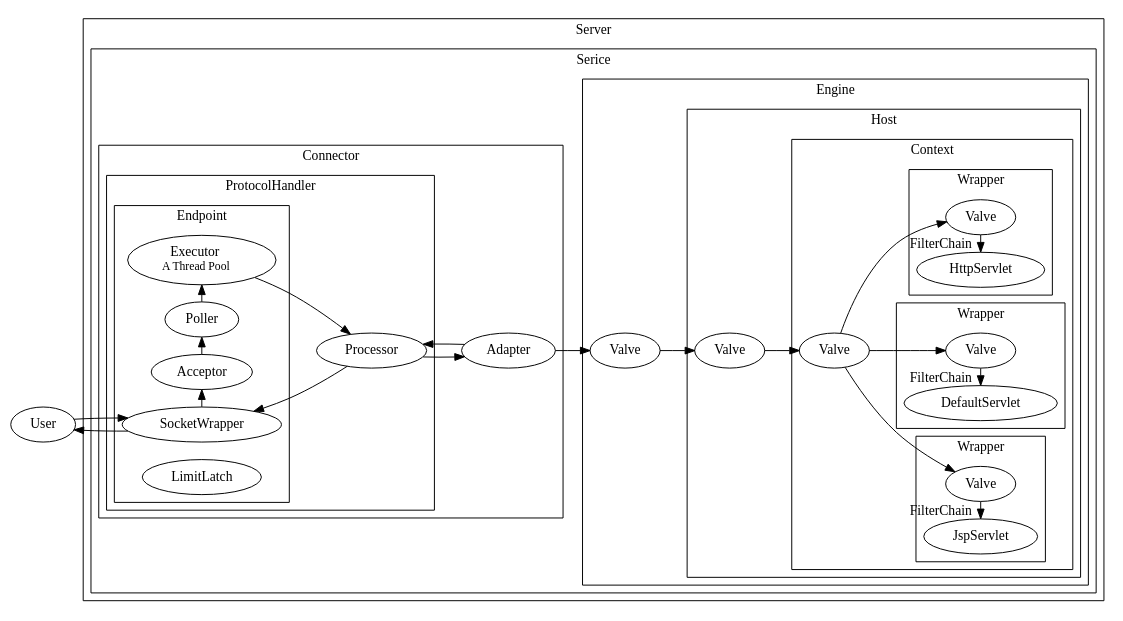
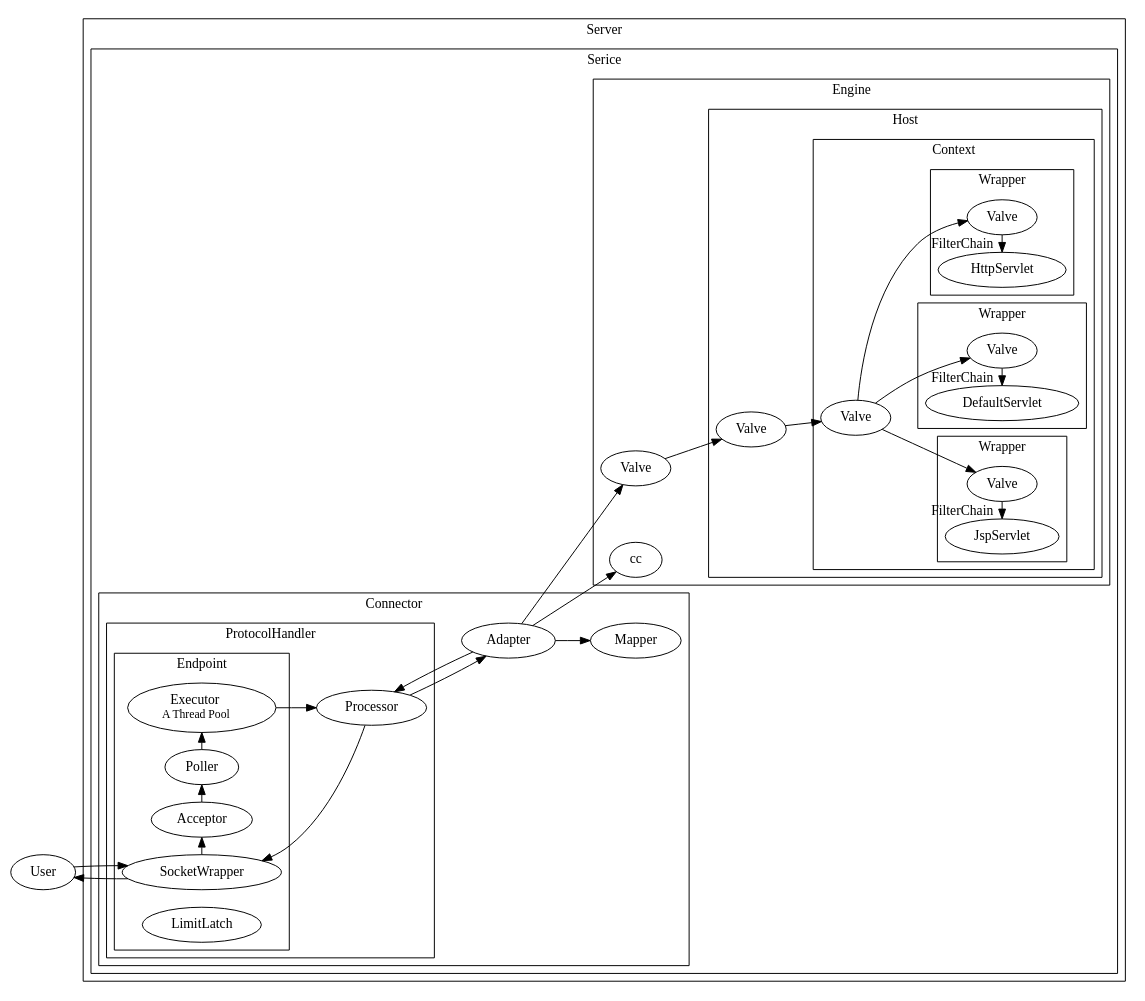
Before and after one commit to Robinpig/Note: the second of 3 diagrams in docs/CS/Java/Tomcat/Tomcat.md, drawn with Graphviz. The commit also changed other lines of this file and 3 other files, not shown here.

```diff
--- a/docs/CS/Java/Tomcat/Tomcat.md
+++ b/docs/CS/Java/Tomcat/Tomcat.md
@@ -168,7 +186,7 @@
                     subgraph cluster_Endpoint {
                         label="Endpoint"
                         forcelabels= true
-    
+  
                         SocketWrapper;
                         Poller;
                         Acceptor;
@@ -181,15 +199,18 @@
                 }
             Adapter;
             Processor -> Adapter;
+            Adapter -> Mapper;
             Adapter -> Processor;
+            
             Processor -> SocketWrapper;
-        
+    
         }
 
         subgraph cluster_Engine {
             label="Engine"
             Engine_Valve [label="Valve"];
              Adapter -> Engine_Valve;
+             Adapter -> cc;
              subgraph cluster_Host {
                 label="Host"
                 Host_Valve [label="Valve"];
@@ -199,19 +220,19 @@
                     size="10.0, 18.3";
  
                     Context_Valve [label="Valve"];
-        
+    
                     subgraph cluster_Wrapper_1 {
                         label="Wrapper"
                         Wrapper_Valve_1 [label="Valve"];
                         Servlet_1[label="JspServlet"];
-                    
+                
                         Wrapper_Valve_1 -> Servlet_1 [headlabel="FilterChain" constraint=false];
                     }
                     subgraph cluster_Wrapper_2 {
                         label="Wrapper"
                         Wrapper_Valve_2 [label="Valve"];
                         Servlet_2[label="DefaultServlet"];
-                    
+                
                         Wrapper_Valve_2 -> Servlet_2 [headlabel="FilterChain" constraint=false];
                     }
                     subgraph cluster_Wrapper_3 {
@@ -222,7 +243,7 @@
                         Wrapper_Valve_3 -> Servlet_3 [headlabel="FilterChain" constraint=false];
                     }
                 }
-        
+    
             }
         }
     }
```
